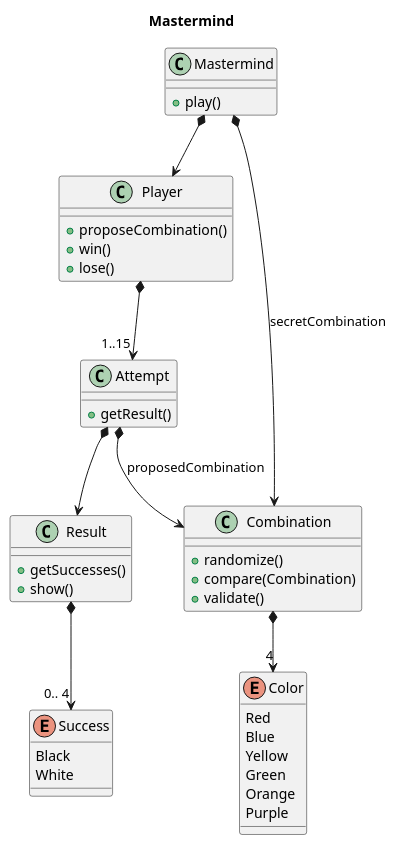
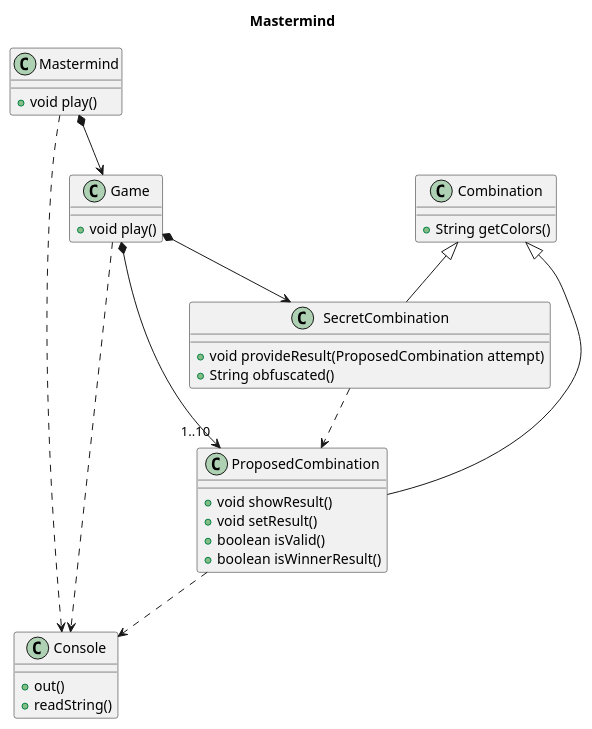
Before and after one commit to Master-Desarrollo-20-21/ejercicio-2-vista-publica-clases-mastermind-nihillo: the diagram in plantuml/classes.puml, drawn with PlantUML.

Commit message:
Update public view diagram

```diff
--- a/plantuml/classes.puml
+++ b/plantuml/classes.puml
@@ -1,52 +1,44 @@
 @startuml
 
 title Mastermind
 
 class Mastermind {
-    +play()
+    +void play()
 }
 
-class Player {
-    +proposeCombination()
-    +win()
-    +lose()
+class Game {
+    +void play()
 }
 
 class Combination {
-    +randomize()
-    +compare(Combination)
-    +validate()
+    +String getColors()
 }
 
-class Attempt {
-    +getResult()
+class SecretCombination {
+    +void provideResult(ProposedCombination attempt)
+    +String obfuscated()
 }
 
-class Result {
-    +getSuccesses()
-    +show()
+class ProposedCombination {
+    +void showResult()
+    +void setResult()
+    +boolean isValid()
+    +boolean isWinnerResult()
 }
 
-enum Success {
-    Black
-    White
+class Console {
+    +out()
+    +readString()
 }
 
-enum Color {
-    Red
-    Blue
-    Yellow
-    Green
-    Orange
-    Purple
-}
-
-Mastermind *--> Player
-Mastermind *--> Combination : secretCombination
-Player *--> "1..15" Attempt
-Combination *--> "4" Color
-Attempt *--> Result
-Attempt *--> Combination : proposedCombination
-Result *--> "0.. 4" Success
+Mastermind *--> Game
+Game *--> SecretCombination
+Game *--> "1..10" ProposedCombination
+Combination <|-- SecretCombination
+Combination <|-- ProposedCombination
+SecretCombination ..> ProposedCombination
+Mastermind ..> Console
+Game ..> Console
+ProposedCombination ..> Console
 
 @enduml
```
